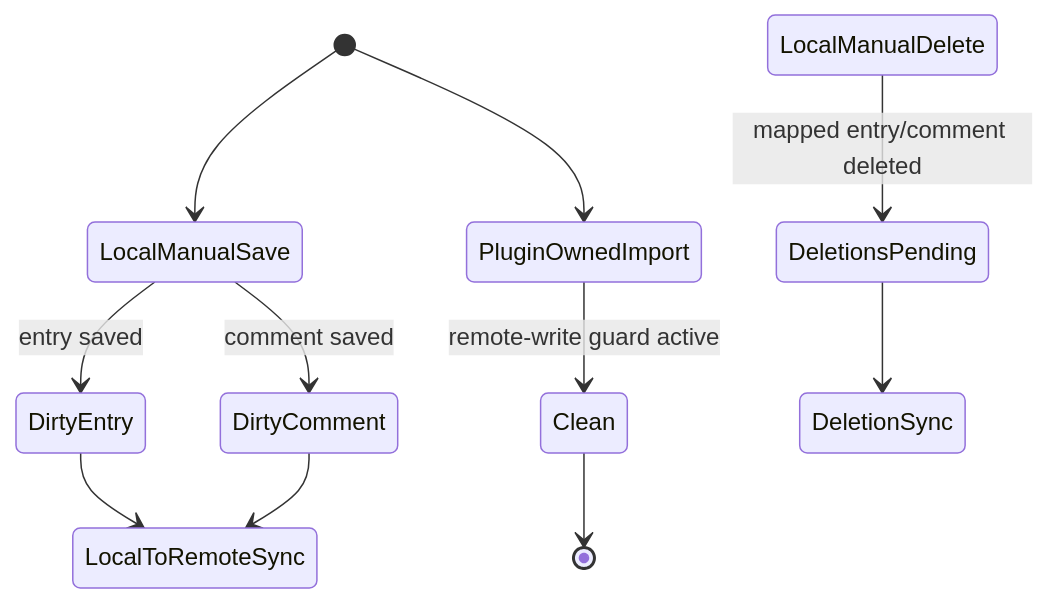
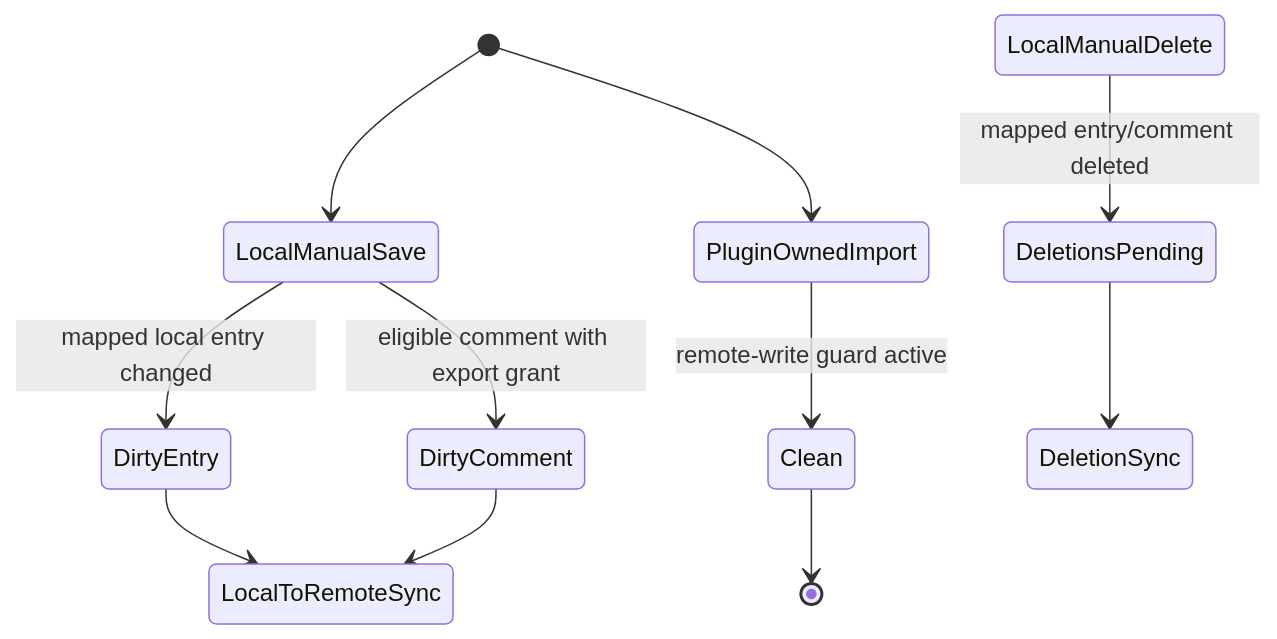
One commit to flatpressblog/flatpress changed the eighth of 9 diagrams in fp-plugins/mastodon/developer-docs/01-Process-Map.md. Above: the diagram before and after it, drawn with Mermaid. The commit also changed other lines of this file and 11 other files, not shown here.

````diff
--- a/fp-plugins/mastodon/developer-docs/01-Process-Map.md
+++ b/fp-plugins/mastodon/developer-docs/01-Process-Map.md
@@ -328,15 +336,15 @@
 ```mermaid
 stateDiagram-v2
     [*] --> LocalManualSave
-    LocalManualSave --> DirtyEntry: entry saved
-    LocalManualSave --> DirtyComment: comment saved
+    LocalManualSave --> DirtyEntry: mapped local entry changed
+    LocalManualSave --> DirtyComment: eligible comment with export grant
     LocalManualDelete --> DeletionsPending: mapped entry/comment deleted
 
     [*] --> PluginOwnedImport
     PluginOwnedImport --> Clean: remote-write guard active
     Clean --> [*]
 
     DirtyEntry --> LocalToRemoteSync
     DirtyComment --> LocalToRemoteSync
     DeletionsPending --> DeletionSync
 ```
````
